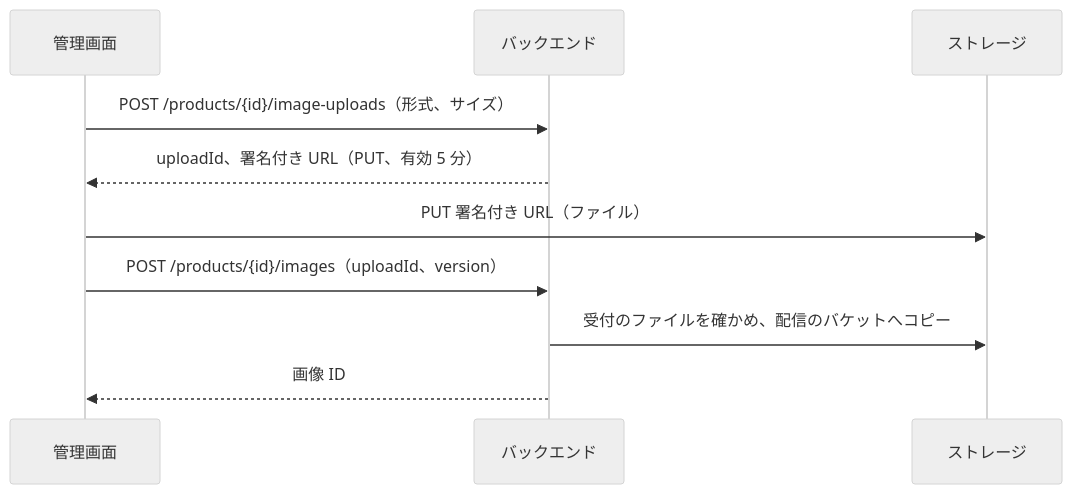
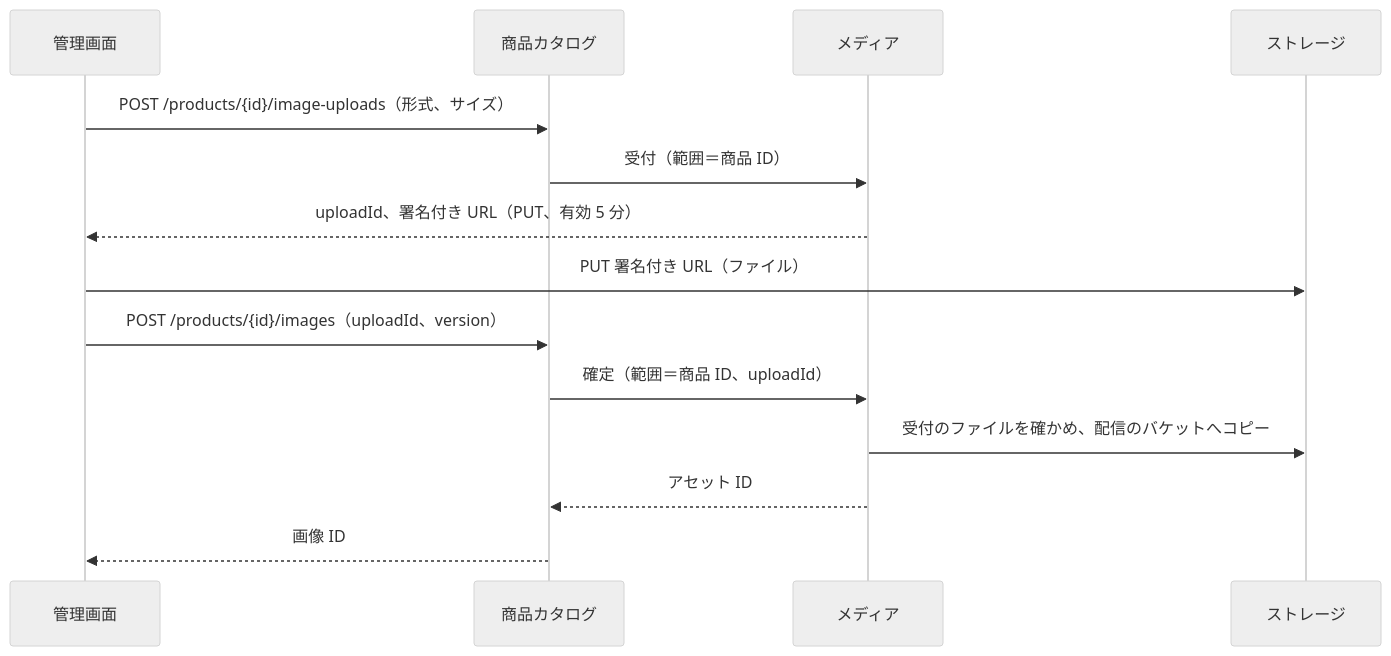
One commit to roger88106/ec-site changed the second of 2 diagrams in docs/specs/001-catalog-and-inventory/plan.md. Above: the diagram before and after it, drawn with Mermaid (neutral theme). The commit also changed other lines of this file and 5 other files, not shown here.

````diff
--- a/docs/specs/001-catalog-and-inventory/plan.md
+++ b/docs/specs/001-catalog-and-inventory/plan.md
@@ -167,12 +173,16 @@
 ```mermaid
 sequenceDiagram
     participant A as 管理画面
-    participant B as バックエンド
+    participant C as 商品カタログ
+    participant M as メディア
     participant S as ストレージ
-    A->>B: POST /products/{id}/image-uploads（形式、サイズ）
-    B-->>A: uploadId、署名付き URL（PUT、有効 5 分）
+    A->>C: POST /products/{id}/image-uploads（形式、サイズ）
+    C->>M: 受付（範囲＝商品 ID）
+    M-->>A: uploadId、署名付き URL（PUT、有効 5 分）
     A->>S: PUT 署名付き URL（ファイル）
-    A->>B: POST /products/{id}/images（uploadId、version）
-    B->>S: 受付のファイルを確かめ、配信のバケットへコピー
-    B-->>A: 画像 ID
+    A->>C: POST /products/{id}/images（uploadId、version）
+    C->>M: 確定（範囲＝商品 ID、uploadId）
+    M->>S: 受付のファイルを確かめ、配信のバケットへコピー
+    M-->>C: アセット ID
+    C-->>A: 画像 ID
 ```
````
